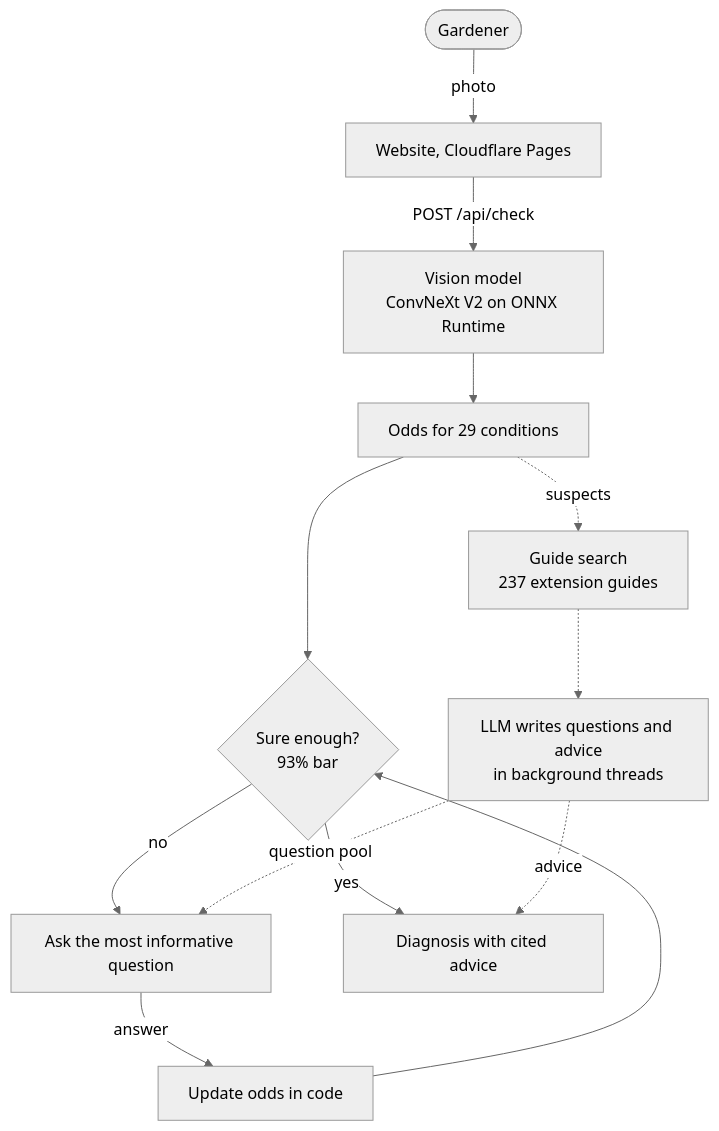
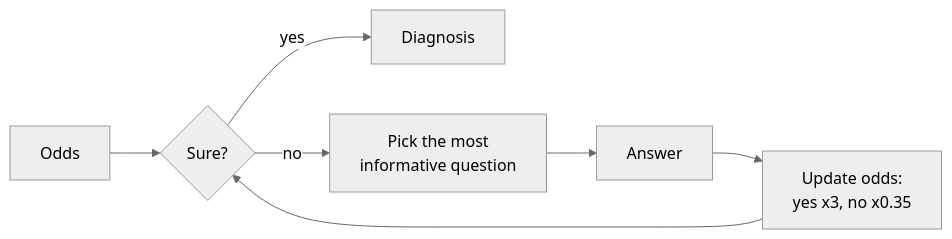
Before and after one commit to aakashksen/sprout: the third of 6 diagrams in README.md, drawn with Mermaid (neutral theme). The commit also changed other lines of this file, not shown here.

Commit message:
README: one module per architecture section, linked to the deep dives

````diff
--- a/README.md
+++ b/README.md
@@ -19,15 +92,9 @@
 ```mermaid
-flowchart TD
-    U(["Gardener"]) -->|photo| W["Website, Cloudflare Pages"]
-    W -->|"POST /api/check"| M["Vision model<br/>ConvNeXt V2 on ONNX Runtime"]
-    M --> O["Odds for 29 conditions"]
-    O --> Q{"Sure enough?<br/>93% bar"}
-    Q -->|no| A["Ask the most informative question"]
-    A -->|answer| E["Update odds in code"]
-    E --> Q
-    Q -->|yes| D["Diagnosis with cited advice"]
-    O -. suspects .-> G["Guide search<br/>237 extension guides"]
-    G -.-> L["LLM writes questions and advice<br/>in background threads"]
-    L -. question pool .-> A
-    L -. advice .-> D
+flowchart LR
+    O["Odds"] --> S{"Sure?"}
+    S -->|yes| D["Diagnosis"]
+    S -->|no| P["Pick the most<br/>informative question"]
+    P --> A["Answer"]
+    A --> U["Update odds:<br/>yes x3, no x0.35"]
+    U --> S
 ```
````
